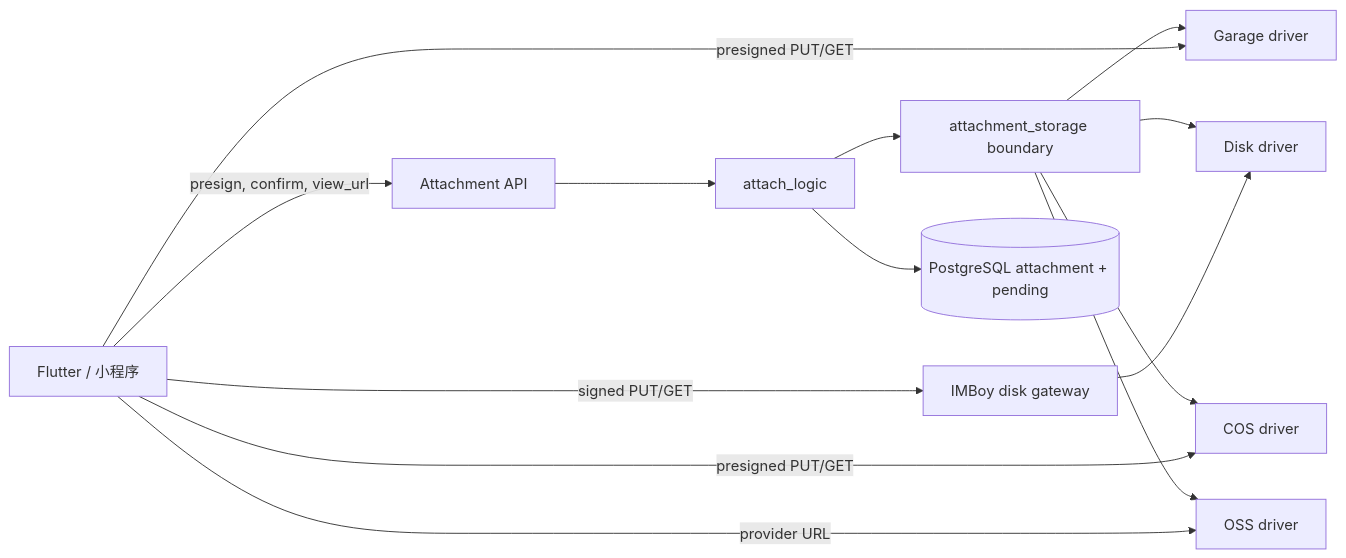
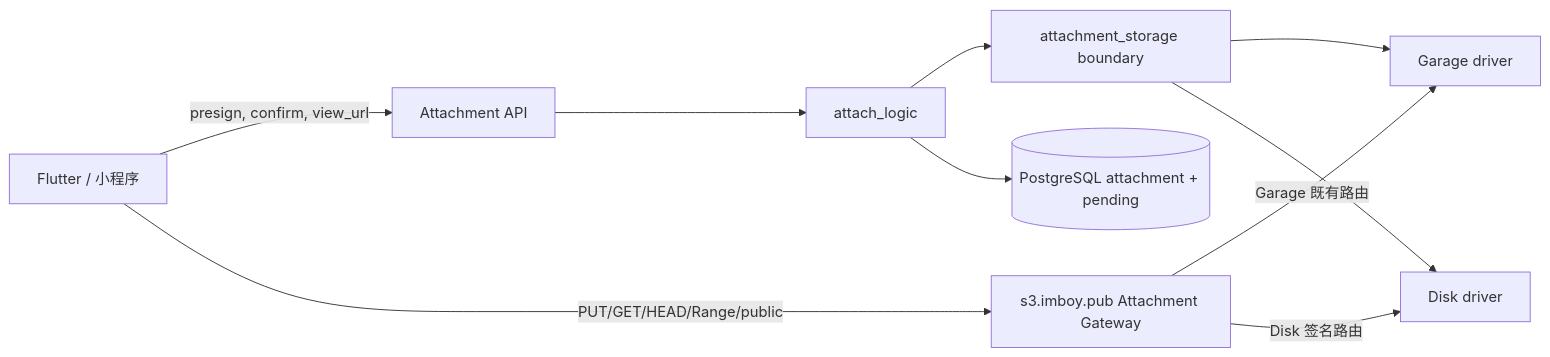
One commit to imboy-pub/imboy changed the first of 2 diagrams in docs/architecture/2026-09-25-attachment-pluggable-storage-disk-phase1-plan.md. Above: the diagram before and after it, drawn with Mermaid. The commit also changed other lines of this file, not shown here.

Commit message:
docs(storage): harden disk phase one execution contract

````diff
--- a/docs/architecture/2026-09-25-attachment-pluggable-storage-disk-phase1-plan.md
+++ b/docs/architecture/2026-09-25-attachment-pluggable-storage-disk-phase1-plan.md
@@ -74,16 +88,12 @@
 ```mermaid
 flowchart LR
   APP[Flutter / 小程序] -->|presign, confirm, view_url| API[Attachment API]
   API --> LOGIC[attach_logic]
   LOGIC --> STORE[attachment_storage boundary]
   STORE --> G[Garage driver]
   STORE --> D[Disk driver]
-  STORE --> C[COS driver]
-  STORE --> O[OSS driver]
-  APP -->|presigned PUT/GET| G
-  APP -->|presigned PUT/GET| C
-  APP -->|provider URL| O
-  APP -->|signed PUT/GET| DG[IMBoy disk gateway]
-  DG --> D
+  APP -->|PUT/GET/HEAD/Range/public| GW[s3.imboy.pub Attachment Gateway]
+  GW -->|Garage 既有路由| G
+  GW -->|Disk 签名路由| D
   LOGIC --> DB[(PostgreSQL attachment + pending)]
 ```
````
